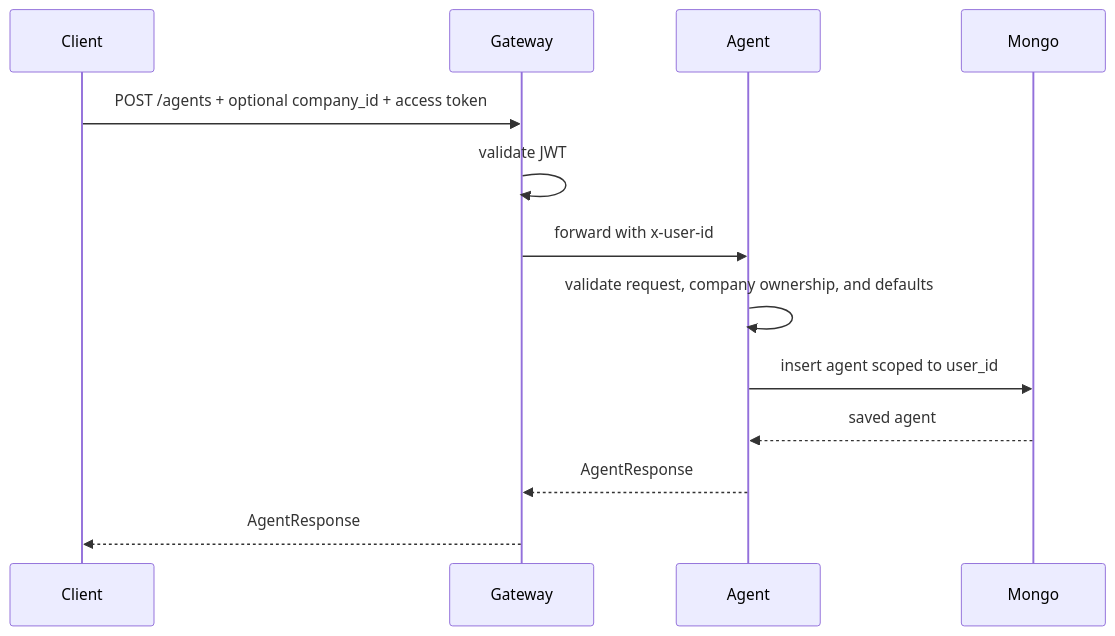
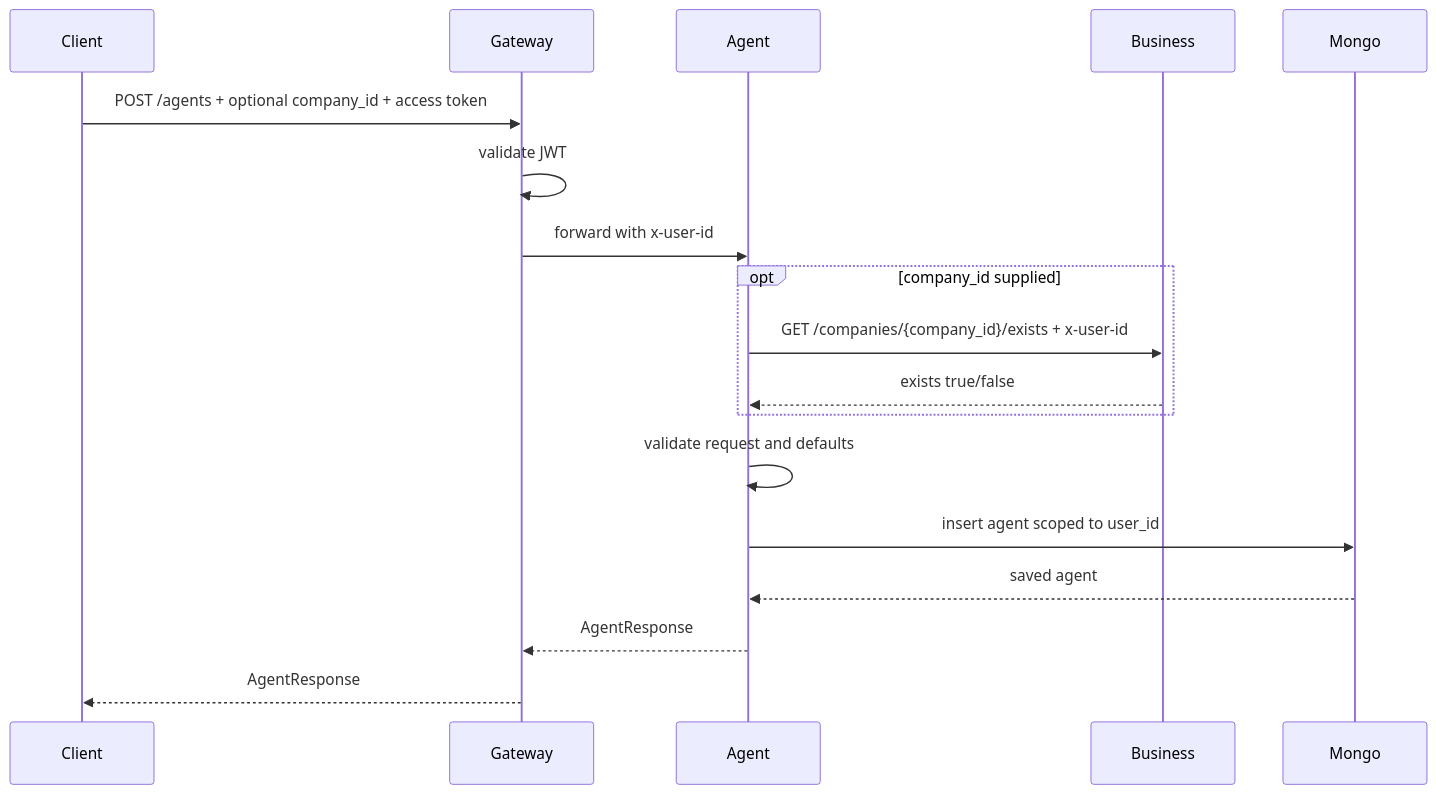
The second of 7 diagrams in docs/services/agent/data-flow.md (valiobar/agents), drawn with Mermaid before and after one commit. The commit also changed other lines of this file and 85 other files, not shown here.

````diff
--- a/docs/services/agent/data-flow.md
+++ b/docs/services/agent/data-flow.md
@@ -20,16 +25,21 @@
 ```mermaid
 sequenceDiagram
     participant Client
     participant Gateway
     participant Agent
+    participant Business
     participant Mongo
 
     Client->>Gateway: POST /agents + optional company_id + access token
     Gateway->>Gateway: validate JWT
     Gateway->>Agent: forward with x-user-id
-    Agent->>Agent: validate request, company ownership, and defaults
+    opt company_id supplied
+        Agent->>Business: GET /companies/{company_id}/exists + x-user-id
+        Business-->>Agent: exists true/false
+    end
+    Agent->>Agent: validate request and defaults
     Agent->>Mongo: insert agent scoped to user_id
     Mongo-->>Agent: saved agent
     Agent-->>Gateway: AgentResponse
     Gateway-->>Client: AgentResponse
 ```
````
